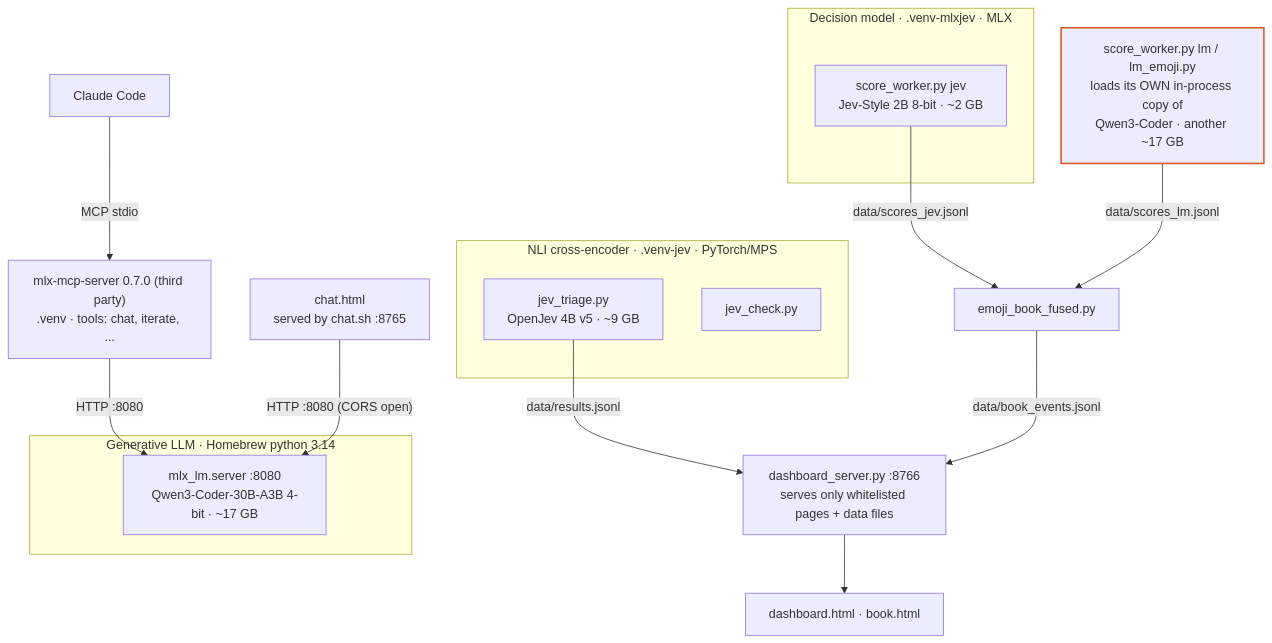
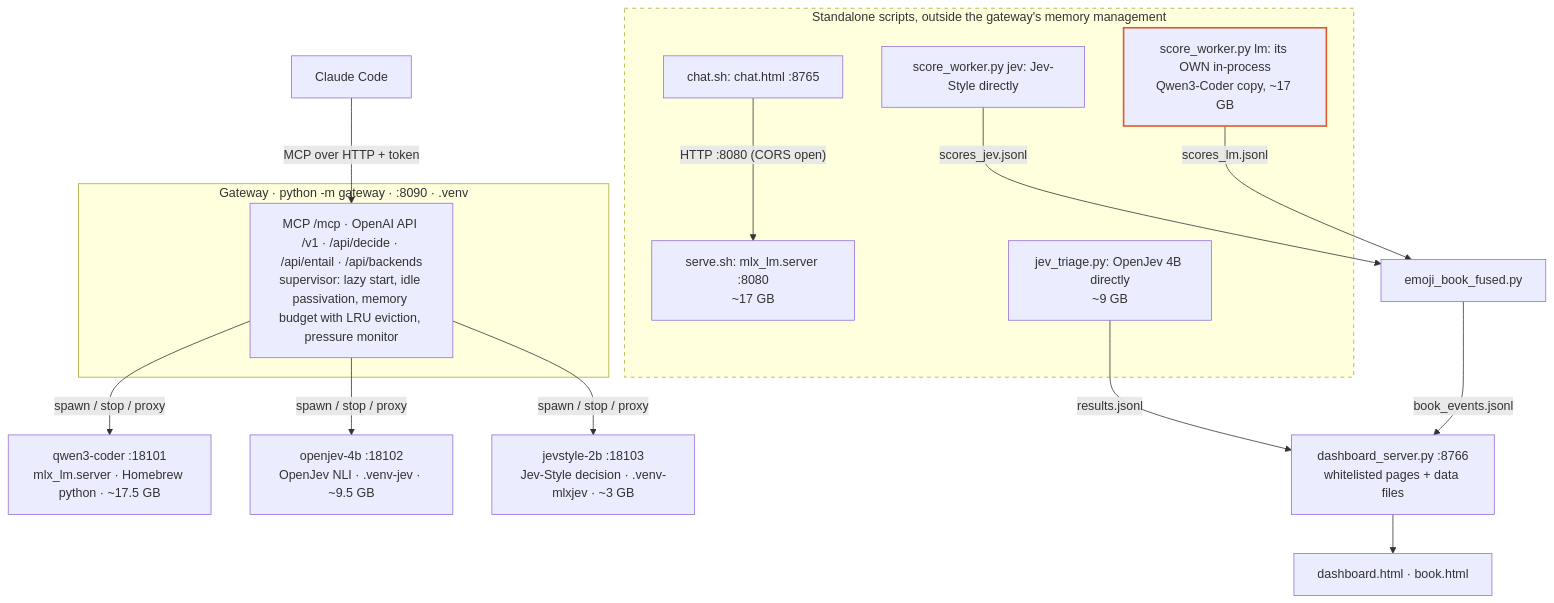
One commit to retronym/mlx-lm-setup changed the first of 4 diagrams in README.md. Above: the diagram before and after it, drawn with Mermaid. The commit also changed other lines of this file and 1 other file, not shown here.

Commit message:
Docs: phase 4 findings, MCP tool reference, architecture diagram with the gateway in front

````diff
--- a/README.md
+++ b/README.md
@@ -24,25 +24,27 @@
 ```mermaid
 flowchart TB
-  CC["Claude Code"] -- "MCP stdio" --> BR["mlx-mcp-server 0.7.0 (third party)<br/>.venv · tools: chat, iterate, ..."]
-  BR -- "HTTP :8080" --> SRV
-  CHAT["chat.html<br/>served by chat.sh :8765"] -- "HTTP :8080 (CORS open)" --> SRV
-  subgraph llm ["Generative LLM · Homebrew python 3.14"]
-    SRV["mlx_lm.server :8080<br/>Qwen3-Coder-30B-A3B 4-bit · ~17 GB"]
+  CC["Claude Code"] -- "MCP over HTTP + token" --> GW
+  subgraph gw ["Gateway · python -m gateway · :8090 · .venv"]
+    GW["MCP /mcp · OpenAI API /v1 · /api/decide · /api/entail · /api/backends<br/>supervisor: lazy start, idle passivation, memory budget with LRU eviction, pressure monitor"]
   end
-  subgraph nli ["NLI cross-encoder · .venv-jev · PyTorch/MPS"]
-    TRI["jev_triage.py<br/>OpenJev 4B v5 · ~9 GB"]
-    CHK["jev_check.py"]
+  GW -- "spawn / stop / proxy" --> Q["qwen3-coder :18101<br/>mlx_lm.server · Homebrew python · ~17.5 GB"]
+  GW -- "spawn / stop / proxy" --> O["openjev-4b :18102<br/>OpenJev NLI · .venv-jev · ~9.5 GB"]
+  GW -- "spawn / stop / proxy" --> J["jevstyle-2b :18103<br/>Jev-Style decision · .venv-mlxjev · ~3 GB"]
+  subgraph direct ["Standalone scripts, outside the gateway's memory management"]
+    SRV["serve.sh: mlx_lm.server :8080<br/>~17 GB"]
+    CHAT["chat.sh: chat.html :8765"]
+    TRI["jev_triage.py: OpenJev 4B directly<br/>~9 GB"]
+    JW["score_worker.py jev: Jev-Style directly"]
+    LW["score_worker.py lm: its OWN in-process<br/>Qwen3-Coder copy, ~17 GB"]
   end
-  subgraph dec ["Decision model · .venv-mlxjev · MLX"]
-    JW["score_worker.py jev<br/>Jev-Style 2B 8-bit · ~2 GB"]
-  end
-  LW["score_worker.py lm / lm_emoji.py<br/>loads its OWN in-process copy of<br/>Qwen3-Coder · another ~17 GB"]
-  DASH["dashboard_server.py :8766<br/>serves only whitelisted pages + data files"]
-  TRI -- "data/results.jsonl" --> DASH
-  JW -- "data/scores_jev.jsonl" --> FUS["emoji_book_fused.py"]
-  LW -- "data/scores_lm.jsonl" --> FUS
-  FUS -- "data/book_events.jsonl" --> DASH
+  CHAT -- "HTTP :8080 (CORS open)" --> SRV
+  DASH["dashboard_server.py :8766<br/>whitelisted pages + data files"]
+  TRI -- "results.jsonl" --> DASH
+  JW -- "scores_jev.jsonl" --> FUS["emoji_book_fused.py"]
+  LW -- "scores_lm.jsonl" --> FUS
+  FUS -- "book_events.jsonl" --> DASH
   DASH --> PAGES["dashboard.html · book.html"]
+  style direct stroke-dasharray: 5 5
   classDef warn stroke:#d95926,stroke-width:2px;
   class LW warn;
 ```
````
